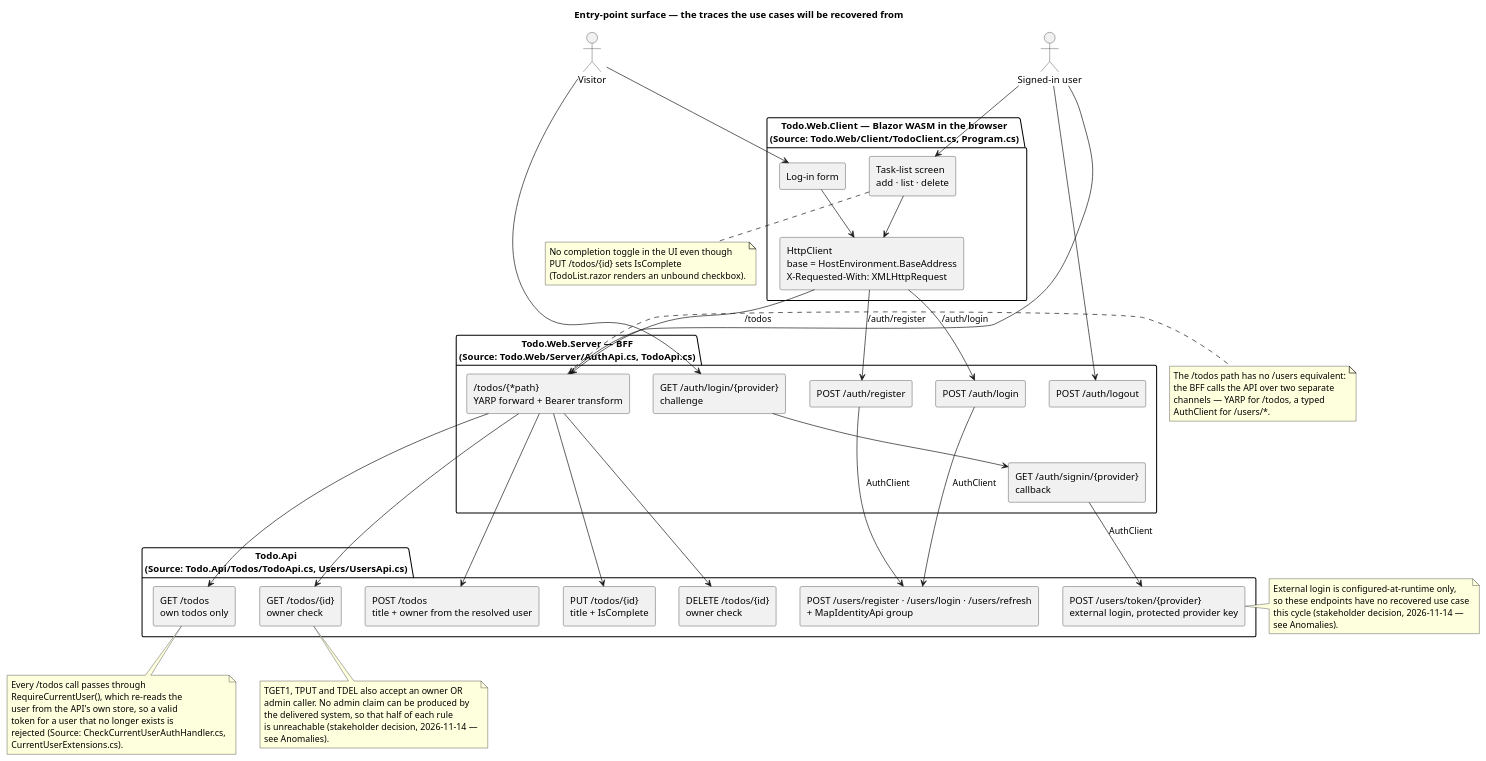
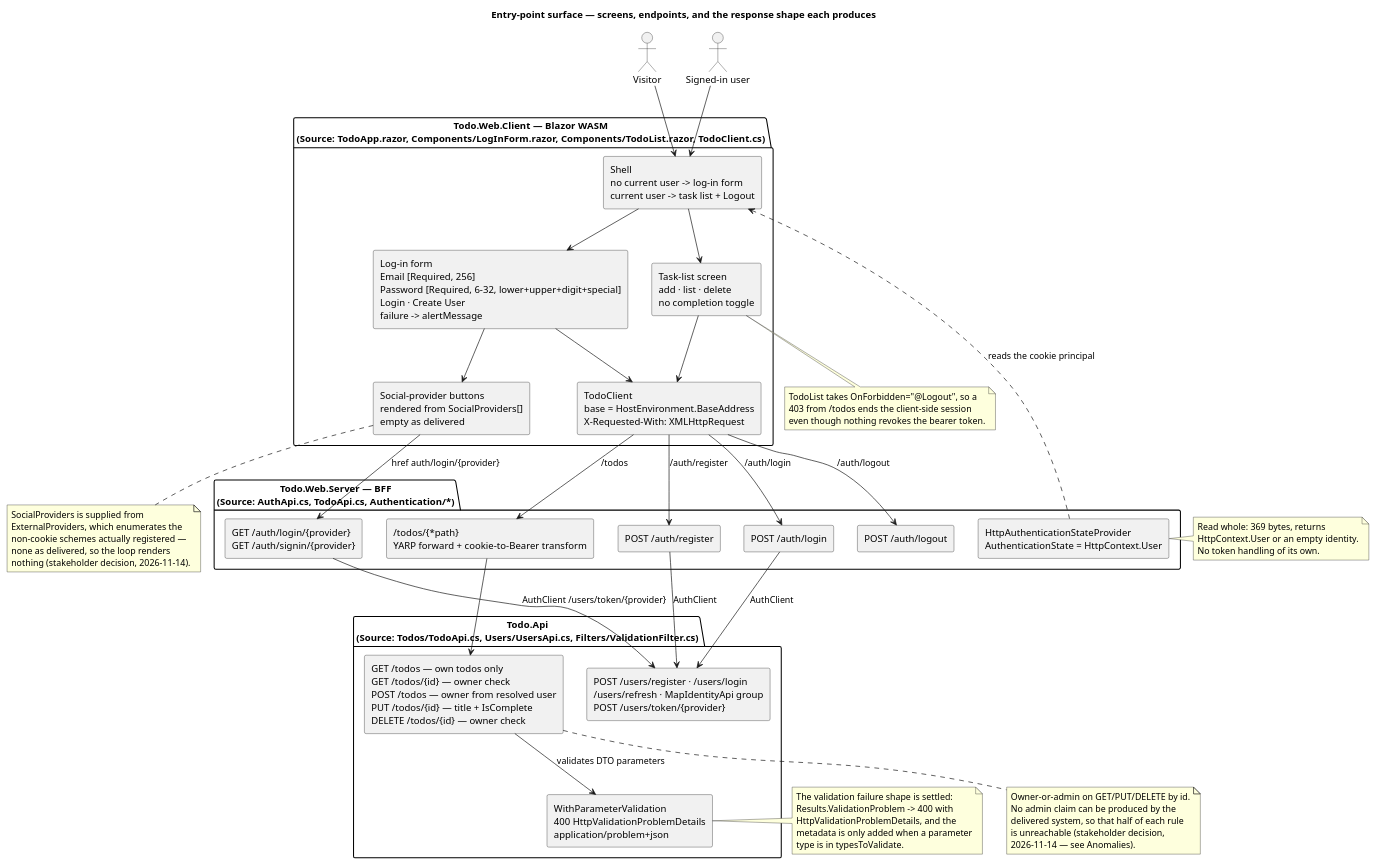
The second of 6 diagrams in docs/artifacts/discovery/system-inventory.md (banense-test/TodoApp), drawn with PlantUML before and after one commit. The commit also changed other lines of this file, not shown here.

Commit message:
Software Archaeologist [Survey2]: upsert System Inventory
[skip ci]

````diff
--- a/docs/artifacts/discovery/system-inventory.md
+++ b/docs/artifacts/discovery/system-inventory.md
@@ -113,88 +113,84 @@
 ```plantuml
 @startuml
-title Entry-point surface — the traces the use cases will be recovered from
+title Entry-point surface — screens, endpoints, and the response shape each produces
 skinparam componentStyle rectangle
 skinparam shadowing false
 
 actor "Visitor" as VIS
 actor "Signed-in user" as USR
 
-package "Todo.Web.Client — Blazor WASM in the browser\n(Source: Todo.Web/Client/TodoClient.cs, Program.cs)" {
-  component "Task-list screen\nadd · list · delete" as UI1
-  component "Log-in form" as UI2
-  component "HttpClient\nbase = HostEnvironment.BaseAddress\nX-Requested-With: XMLHttpRequest" as CLIENT
+package "Todo.Web.Client — Blazor WASM\n(Source: TodoApp.razor, Components/LogInForm.razor, Components/TodoList.razor, TodoClient.cs)" {
+  component "Shell\nno current user -> log-in form\ncurrent user -> task list + Logout" as SHELL
+  component "Log-in form\nEmail [Required, 256]\nPassword [Required, 6-32, lower+upper+digit+special]\nLogin · Create User\nfailure -> alertMessage" as LOGIN
+  component "Social-provider buttons\nrendered from SocialProviders[]\nempty as delivered" as SOC
+  component "Task-list screen\nadd · list · delete\nno completion toggle" as LIST
+  component "TodoClient\nbase = HostEnvironment.BaseAddress\nX-Requested-With: XMLHttpRequest" as CLIENT
 }
 
-package "Todo.Web.Server — BFF\n(Source: Todo.Web/Server/AuthApi.cs, TodoApi.cs)" {
+package "Todo.Web.Server — BFF\n(Source: AuthApi.cs, TodoApi.cs, Authentication/*)" {
   component "POST /auth/register" as BREG
   component "POST /auth/login" as BLOGIN
   component "POST /auth/logout" as BLOGOUT
-  component "GET /auth/login/{provider}\nchallenge" as BEXT
-  component "GET /auth/signin/{provider}\ncallback" as BSIGN
-  component "/todos/{*path}\nYARP forward + Bearer transform" as BFWD
+  component "GET /auth/login/{provider}\nGET /auth/signin/{provider}" as BEXT
+  component "/todos/{*path}\nYARP forward + cookie-to-Bearer transform" as BFWD
+  component "HttpAuthenticationStateProvider\nAuthenticationState = HttpContext.User" as STATE
 }
 
-package "Todo.Api\n(Source: Todo.Api/Todos/TodoApi.cs, Users/UsersApi.cs)" {
-  component "GET /todos\nown todos only" as TGET
-  component "GET /todos/{id}\nowner check" as TGET1
-  component "POST /todos\ntitle + owner from the resolved user" as TPOST
-  component "PUT /todos/{id}\ntitle + IsComplete" as TPUT
-  component "DELETE /todos/{id}\nowner check" as TDEL
-  component "POST /users/register · /users/login · /users/refresh\n+ MapIdentityApi group" as UIDN
-  component "POST /users/token/{provider}\nexternal login, protected provider key" as UEXT
+package "Todo.Api\n(Source: Todos/TodoApi.cs, Users/UsersApi.cs, Filters/ValidationFilter.cs)" {
+  component "GET /todos — own todos only\nGET /todos/{id} — owner check\nPOST /todos — owner from resolved user\nPUT /todos/{id} — title + IsComplete\nDELETE /todos/{id} — owner check" as TODOS
+  component "POST /users/register · /users/login\n/users/refresh · MapIdentityApi group\nPOST /users/token/{provider}" as USERS
+  component "WithParameterValidation\n400 HttpValidationProblemDetails\napplication/problem+json" as VAL
 }
 
-VIS --> UI2
-USR --> UI1
-UI1 --> CLIENT
-UI2 --> CLIENT
+VIS --> SHELL
+USR --> SHELL
+SHELL --> LOGIN
+SHELL --> LIST
+LOGIN --> SOC
+LOGIN --> CLIENT
+LIST --> CLIENT
 CLIENT --> BREG : /auth/register
 CLIENT --> BLOGIN : /auth/login
-BREG --> UIDN : AuthClient
-BLOGIN --> UIDN : AuthClient
-VIS --> BEXT
-BEXT --> BSIGN
-BSIGN --> UEXT : AuthClient
-USR --> BLOGOUT
-USR --> BFWD
+CLIENT --> BLOGOUT : /auth/logout
 CLIENT --> BFWD : /todos
-BFWD --> TGET
-BFWD --> TPOST
-BFWD --> TGET1
-BFWD --> TPUT
-BFWD --> TDEL
+SOC --> BEXT : href auth/login/{provider}
+BREG --> USERS : AuthClient
+BLOGIN --> USERS : AuthClient
+BEXT --> USERS : AuthClient /users/token/{provider}
+BFWD --> TODOS
+TODOS --> VAL : validates DTO parameters
+STATE ..> SHELL : reads the cookie principal
 
-note right of BFWD
-  The /todos path has no /users equivalent:
-  the BFF calls the API over two separate
-  channels — YARP for /todos, a typed
-  AuthClient for /users/*.
+note right of STATE
+  Read whole: 369 bytes, returns
+  HttpContext.User or an empty identity.
+  No token handling of its own.
 end note
-note bottom of TGET
-  Every /todos call passes through
-  RequireCurrentUser(), which re-reads the
-  user from the API's own store, so a valid
-  token for a user that no longer exists is
-  rejected (Source: CheckCurrentUserAuthHandler.cs,
-  CurrentUserExtensions.cs).
+note right of VAL
+  The validation failure shape is settled:
+  Results.ValidationProblem -> 400 with
+  HttpValidationProblemDetails, and the
+  metadata is only added when a parameter
+  type is in typesToValidate.
 end note
-note bottom of UI1
-  No completion toggle in the UI even though
-  PUT /todos/{id} sets IsComplete
-  (TodoList.razor renders an unbound checkbox).
+note bottom of LIST
+  TodoList takes OnForbidden="@Logout", so a
+  403 from /todos ends the client-side session
+  even though nothing revokes the bearer token.
 end note
-note right of UEXT
-  External login is configured-at-runtime only,
-  so these endpoints have no recovered use case
-  this cycle (stakeholder decision, 2026-11-14 —
-  see Anomalies).
+note bottom of SOC
+  SocialProviders is supplied from
+  ExternalProviders, which enumerates the
+  non-cookie schemes actually registered —
+  none as delivered, so the loop renders
+  nothing (stakeholder decision, 2026-11-14).
 end note
-note bottom of TGET1
-  TGET1, TPUT and TDEL also accept an owner OR
-  admin caller. No admin claim can be produced by
-  the delivered system, so that half of each rule
-  is unreachable (stakeholder decision, 2026-11-14 —
-  see Anomalies).
+note bottom of TODOS
+  Owner-or-admin on GET/PUT/DELETE by id.
+  No admin claim can be produced by the
+  delivered system, so that half of each rule
+  is unreachable (stakeholder decision,
+  2026-11-14 — see Anomalies).
 end note
 @enduml
 ```
````
